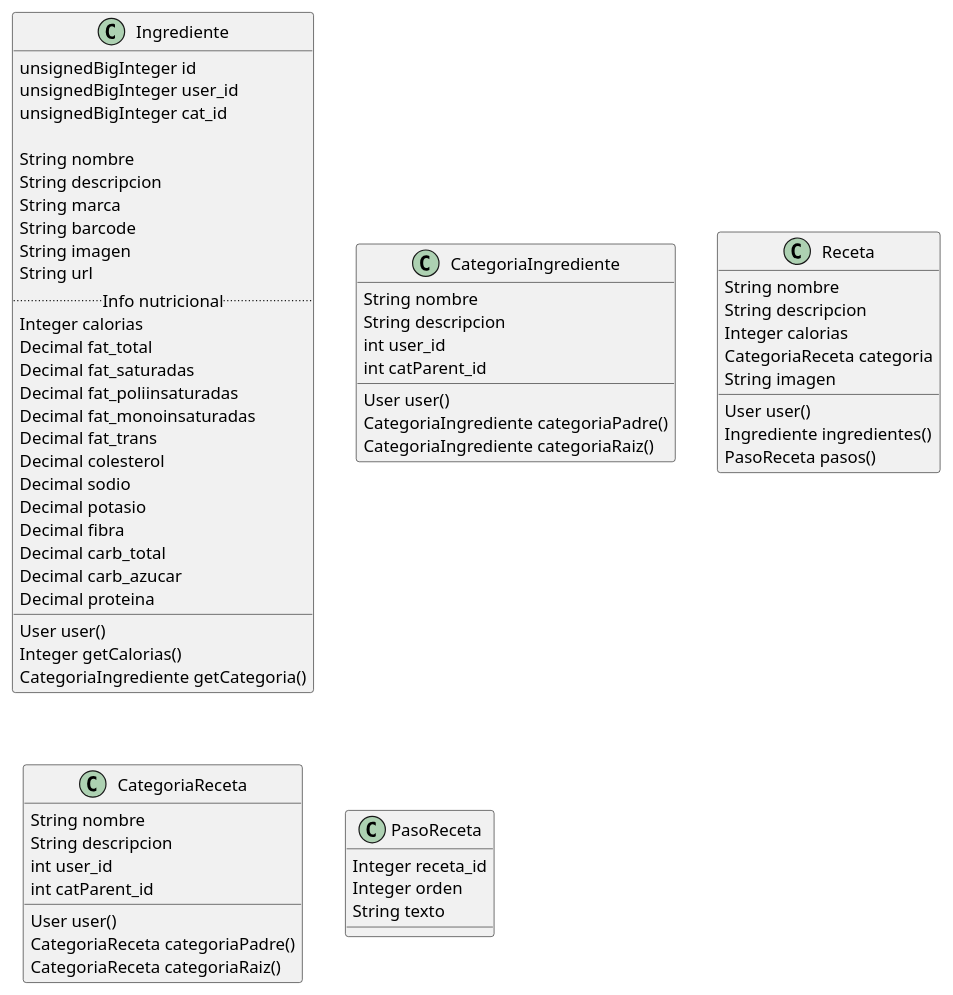
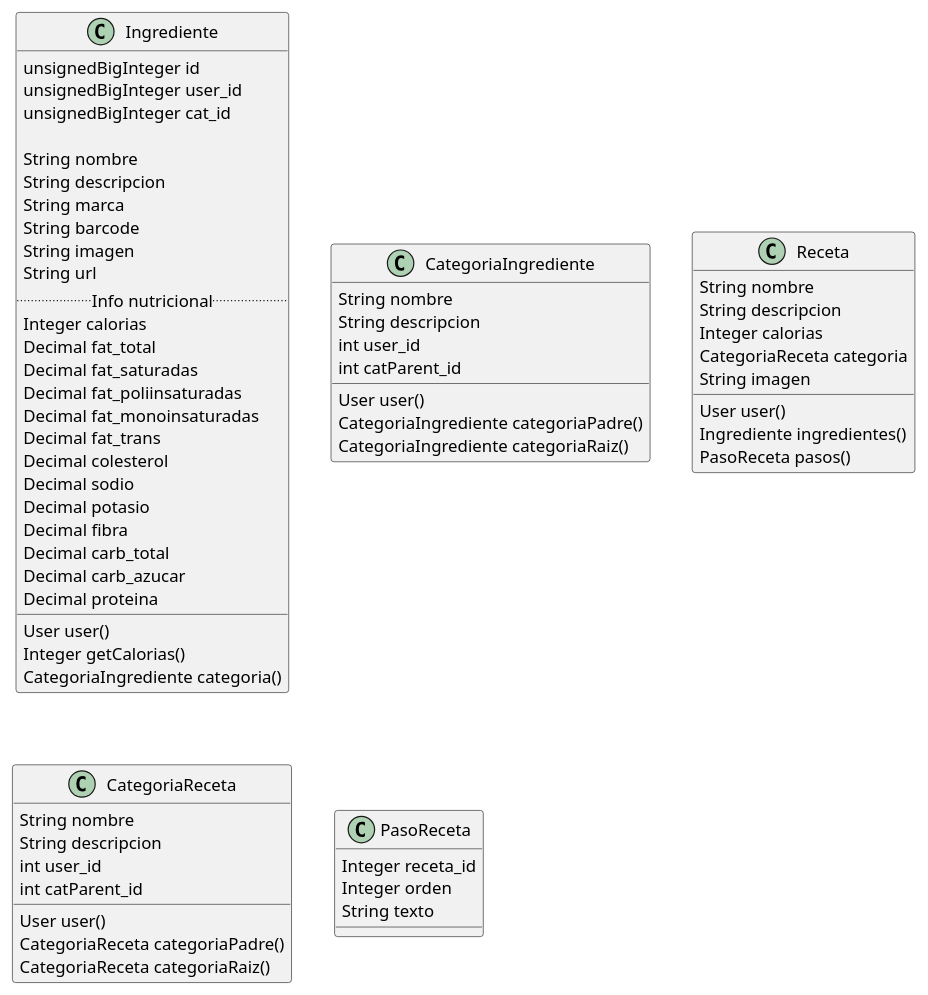
The diagram in docs/clases_detalle.pu (Luinux81/laravel-recetapp), drawn with PlantUML before and after one commit. The commit also changed 1 other file, not shown here.

```diff
--- a/docs/clases_detalle.pu
+++ b/docs/clases_detalle.pu
@@ -1,73 +1,73 @@
 @startuml
 
 class Ingrediente{
     unsignedBigInteger id    
     unsignedBigInteger user_id
     unsignedBigInteger cat_id
 
     String nombre
     String descripcion
     String marca 
     String barcode
     String imagen
     String url
     .. Info nutricional ..
     Integer calorias                
     Decimal fat_total
     Decimal fat_saturadas
     Decimal fat_poliinsaturadas
     Decimal fat_monoinsaturadas
     Decimal fat_trans
     Decimal colesterol
     Decimal sodio
     Decimal potasio
     Decimal fibra
     Decimal carb_total
     Decimal carb_azucar
     Decimal proteina
     ____
     User user()
     Integer getCalorias()
-    CategoriaIngrediente getCategoria()
+    CategoriaIngrediente categoria()
 }
 
 class CategoriaIngrediente{
     String nombre
     String descripcion
     int user_id
     int catParent_id
 
     User user()
     CategoriaIngrediente categoriaPadre()
     CategoriaIngrediente categoriaRaiz()
 }
 
 class Receta{
     String nombre
     String descripcion
     Integer calorias
     CategoriaReceta categoria
     String imagen
 
     User user()
     Ingrediente ingredientes()
     PasoReceta pasos()
 }
 
 class CategoriaReceta{
     String nombre
     String descripcion
     int user_id
     int catParent_id
 
     User user()
     CategoriaReceta categoriaPadre()
     CategoriaReceta categoriaRaiz()
 }
 
 class PasoReceta{
     Integer receta_id
     Integer orden
     String texto
 }
 @enduml
```
